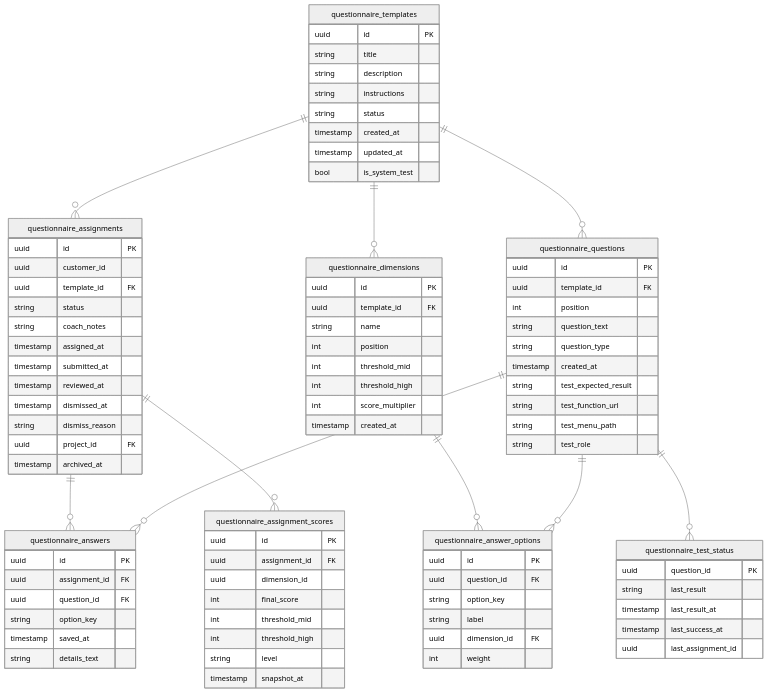
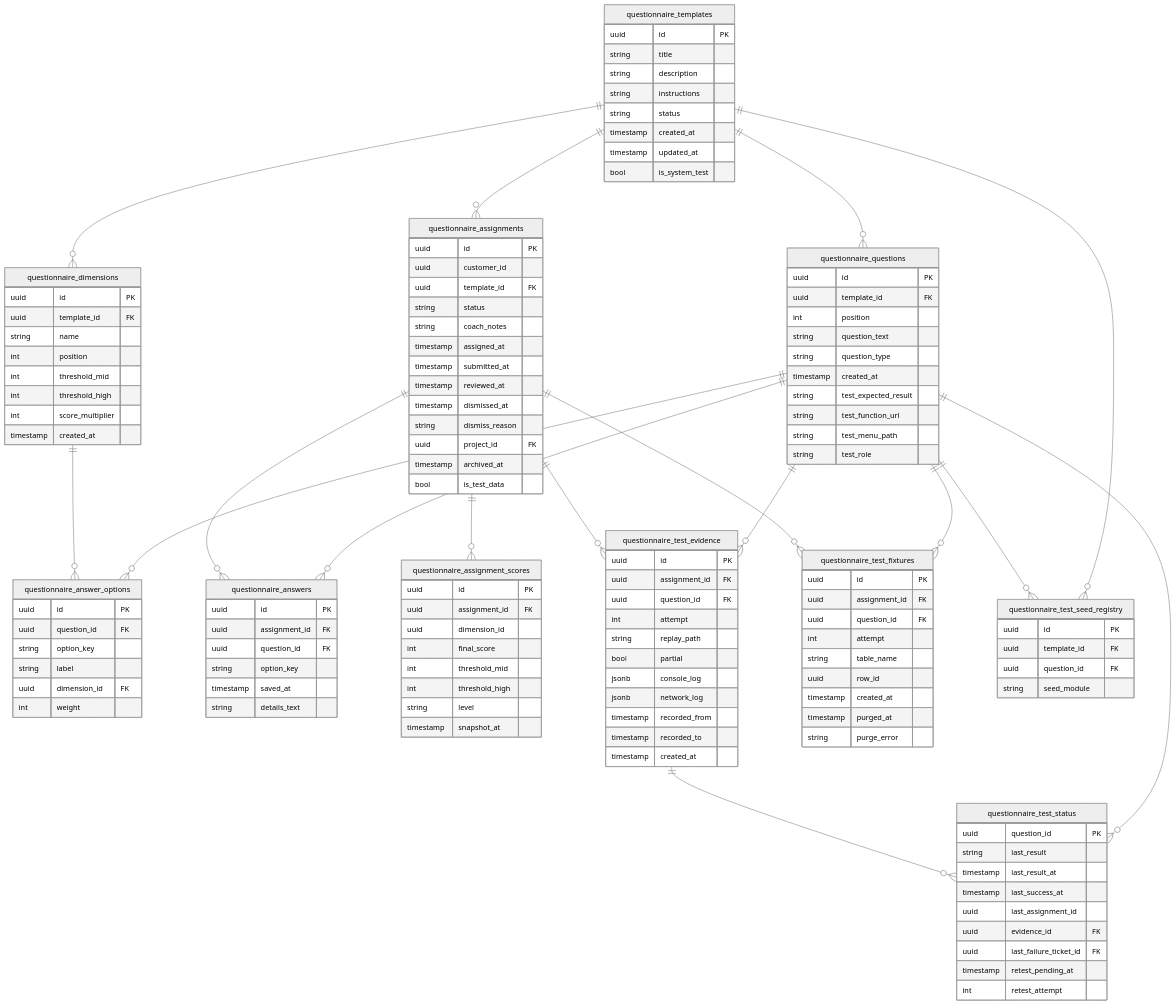
Before and after one commit to Paddione/Bachelorprojekt: the third of 8 diagrams in docs/db-schema-diagram.md, drawn with Mermaid (neutral theme). The commit also changed other lines of this file and 32 other files, not shown here.

````diff
--- a/docs/db-schema-diagram.md
+++ b/docs/db-schema-diagram.md
@@ -396,6 +468,7 @@
     string dismiss_reason
     uuid project_id FK
     timestamp archived_at
+    bool is_test_data
   }
   questionnaire_dimensions {
     uuid id PK
@@ -429,12 +502,46 @@
     timestamp updated_at
     bool is_system_test
   }
+  questionnaire_test_evidence {
+    uuid id PK
+    uuid assignment_id FK
+    uuid question_id FK
+    int attempt
+    string replay_path
+    bool partial
+    jsonb console_log
+    jsonb network_log
+    timestamp recorded_from
+    timestamp recorded_to
+    timestamp created_at
+  }
+  questionnaire_test_fixtures {
+    uuid id PK
+    uuid assignment_id FK
+    uuid question_id FK
+    int attempt
+    string table_name
+    uuid row_id
+    timestamp created_at
+    timestamp purged_at
+    string purge_error
+  }
+  questionnaire_test_seed_registry {
+    uuid id PK
+    uuid template_id FK
+    uuid question_id FK
+    string seed_module
+  }
   questionnaire_test_status {
     uuid question_id PK
     string last_result
     timestamp last_result_at
     timestamp last_success_at
     uuid last_assignment_id
+    uuid evidence_id FK
+    uuid last_failure_ticket_id FK
+    timestamp retest_pending_at
+    int retest_attempt
   }
   questionnaire_dimensions ||--o{ questionnaire_answer_options : ""
   questionnaire_questions ||--o{ questionnaire_answer_options : ""
@@ -444,5 +551,12 @@
   questionnaire_templates ||--o{ questionnaire_assignments : ""
   questionnaire_templates ||--o{ questionnaire_dimensions : ""
   questionnaire_templates ||--o{ questionnaire_questions : ""
+  questionnaire_assignments ||--o{ questionnaire_test_evidence : ""
+  questionnaire_questions ||--o{ questionnaire_test_evidence : ""
+  questionnaire_assignments ||--o{ questionnaire_test_fixtures : ""
+  questionnaire_questions ||--o{ questionnaire_test_fixtures : ""
+  questionnaire_questions ||--o{ questionnaire_test_seed_registry : ""
+  questionnaire_templates ||--o{ questionnaire_test_seed_registry : ""
+  questionnaire_test_evidence ||--o{ questionnaire_test_status : ""
   questionnaire_questions ||--o{ questionnaire_test_status : ""
 ```
````
